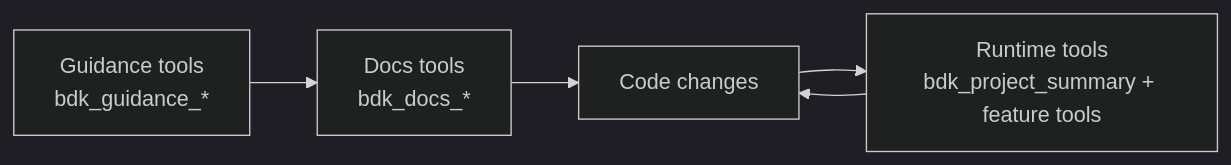
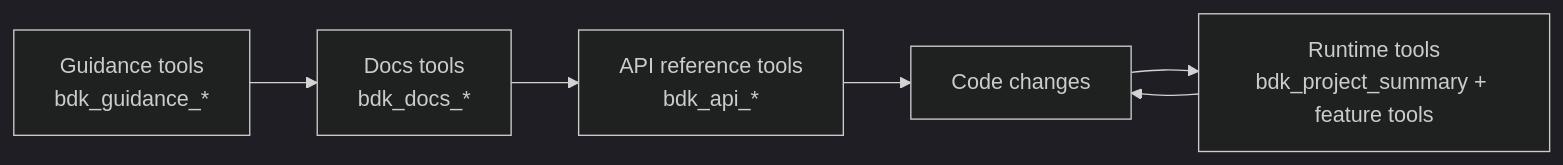
Before and after one commit to BridgingIT-GmbH/bITdevKit: the second of 3 diagrams in docs/features-cli-mcp.md, drawn with Mermaid (dark theme). The commit also changed other lines of this file and 10 other files, not shown here.

First line of the commit message:
Add API reference index builder and MCP API reference tools

````diff
--- a/docs/features-cli-mcp.md
+++ b/docs/features-cli-mcp.md
@@ -56,12 +60,14 @@
 ```mermaid
 flowchart LR
     Guidance["Guidance tools\nbdk_guidance_*"]
     Docs["Docs tools\nbdk_docs_*"]
+    Api["API reference tools\nbdk_api_*"]
     Code["Code changes"]
     Runtime["Runtime tools\nbdk_project_summary + feature tools"]
 
     Guidance --> Docs
-    Docs --> Code
+    Docs --> Api
+    Api --> Code
     Code --> Runtime
     Runtime --> Code
 ```
````
